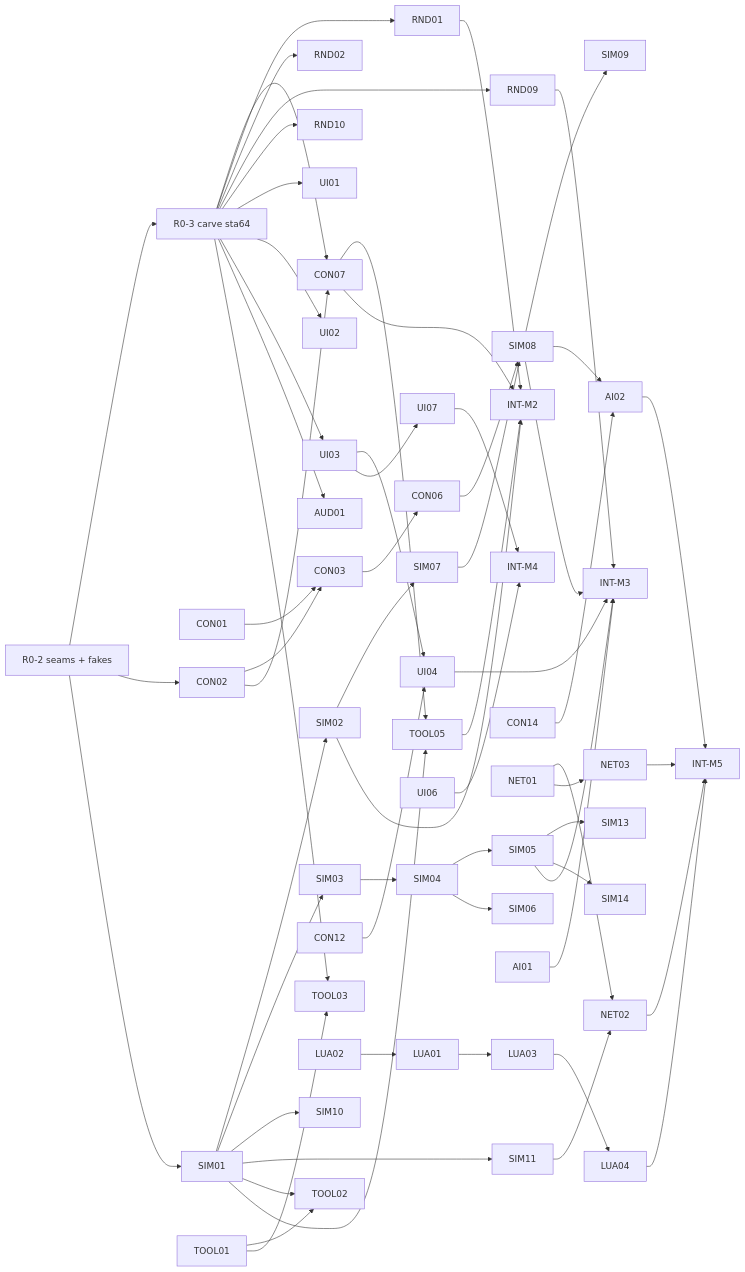
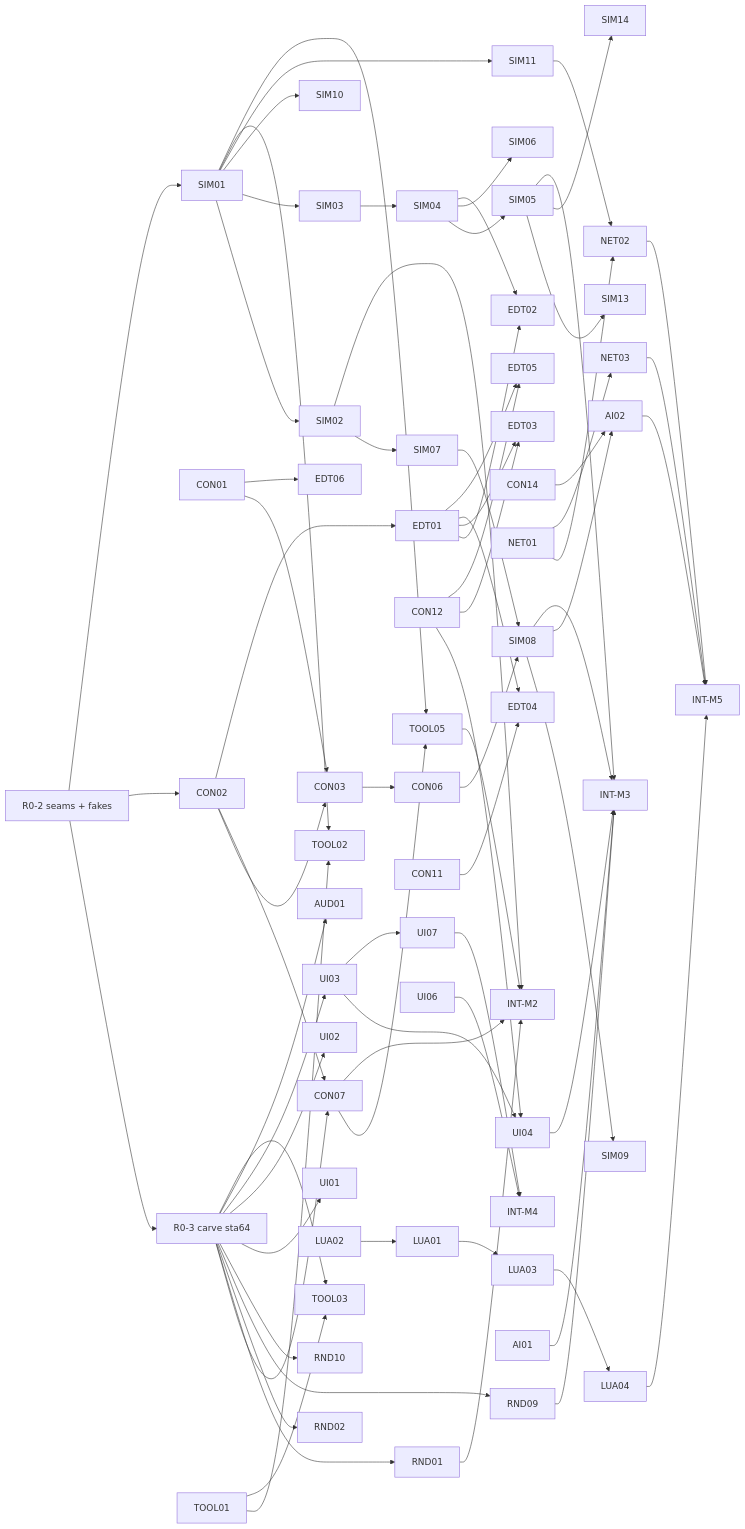
One commit to TamsynnImogen/STA64 changed the diagram in docs/WORKPLAN.md. Above: the diagram before and after it, drawn with Mermaid. The commit also changed other lines of this file, not shown here.

First line of the commit message:
WORKPLAN: modder tools lane (EDT) ported from A2FOExtensions

````diff
--- a/docs/WORKPLAN.md
+++ b/docs/WORKPLAN.md
@@ -573,22 +596,23 @@
 ```mermaid
 graph LR
   R0[R0-2 seams + fakes] --> R03[R0-3 carve sta64]
   CON01 --> CON03; CON02 --> CON03; R0 --> CON02
   CON02 --> CON07; R03 --> CON07
   R0 --> SIM01 --> SIM02 & SIM03 & SIM10 & SIM11
   SIM03 --> SIM04 --> SIM05 --> SIM13 & SIM14
   SIM04 --> SIM06
   SIM02 --> SIM07 --> SIM08 --> SIM09
   CON03 --> CON06 --> SIM08
   R03 --> RND01 & RND02 & RND09 & RND10 & UI01 & UI02 & UI03 & AUD01 & TOOL03
   UI03 --> UI04 & UI07; CON12 --> UI04
   TOOL01 --> TOOL02 & TOOL03; SIM01 --> TOOL02
   CON07 --> TOOL05; SIM01 --> TOOL05
   SIM08 --> AI02; CON14 --> AI02
   NET01 --> NET02 & NET03; SIM11 --> NET02
+  CON02 --> EDT01 --> EDT02 & EDT03 & EDT04 & EDT05; SIM04 --> EDT02; CON12 --> EDT03 & EDT05; CON11 --> EDT04; CON01 --> EDT06
   LUA02 --> LUA01 --> LUA03 --> LUA04
   CON07 & SIM02 & RND01 & TOOL05 --> INTM2[INT-M2]
   SIM05 & SIM08 & RND09 & UI04 & AI01 --> INTM3[INT-M3]
   UI07 & UI06 --> INTM4[INT-M4]
   NET02 & NET03 & AI02 & LUA04 --> INTM5[INT-M5]
 ```
````
